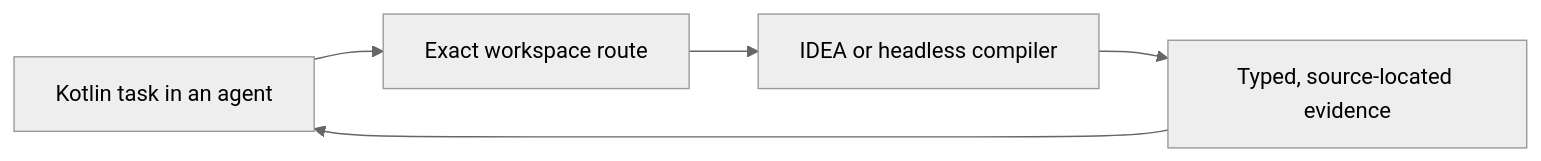
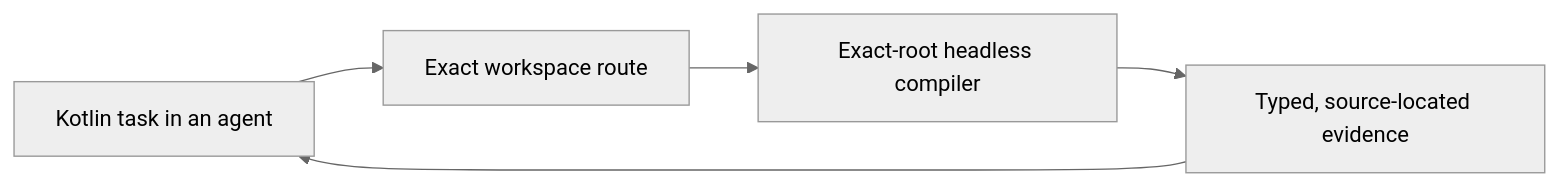
The diagram in docs/index.md (amichne/kast), drawn with Mermaid (neutral theme) before and after one commit. The commit also changed other lines of this file and 352 other files, not shown here.

````diff
--- a/docs/index.md
+++ b/docs/index.md
@@ -8,7 +7,7 @@
 ```mermaid
 flowchart LR
     task["Kotlin task in an agent"] --> route["Exact workspace route"]
-    route --> compiler["IDEA or headless compiler"]
+    route --> compiler["Exact-root headless compiler"]
     compiler --> result["Typed, source-located evidence"]
     result --> task
 ```
````
